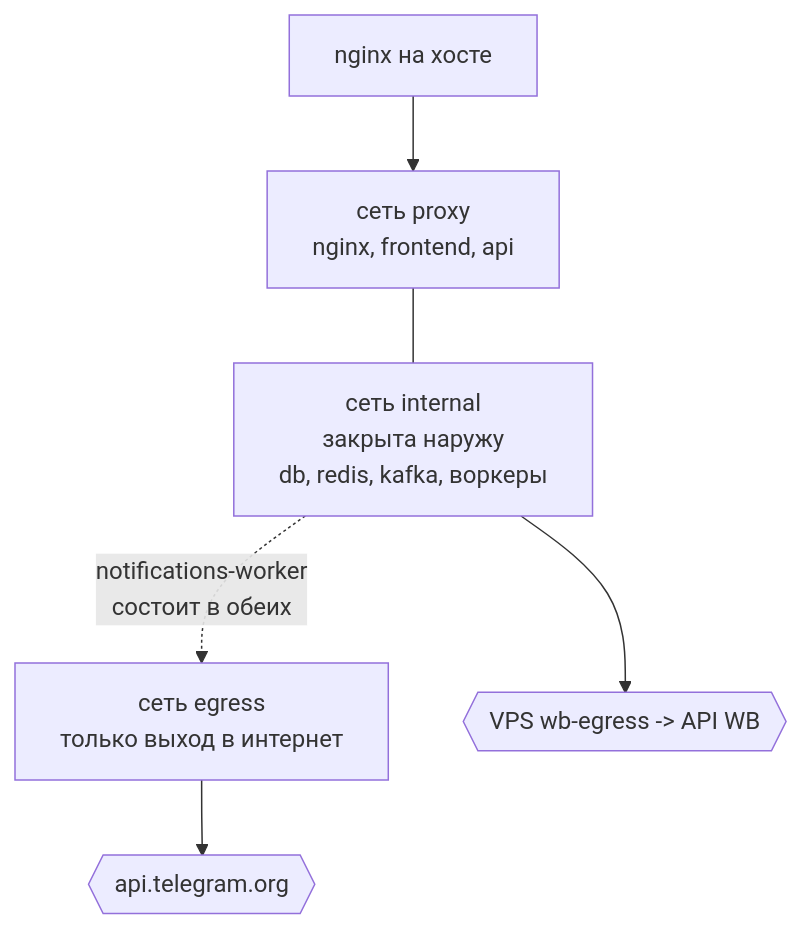
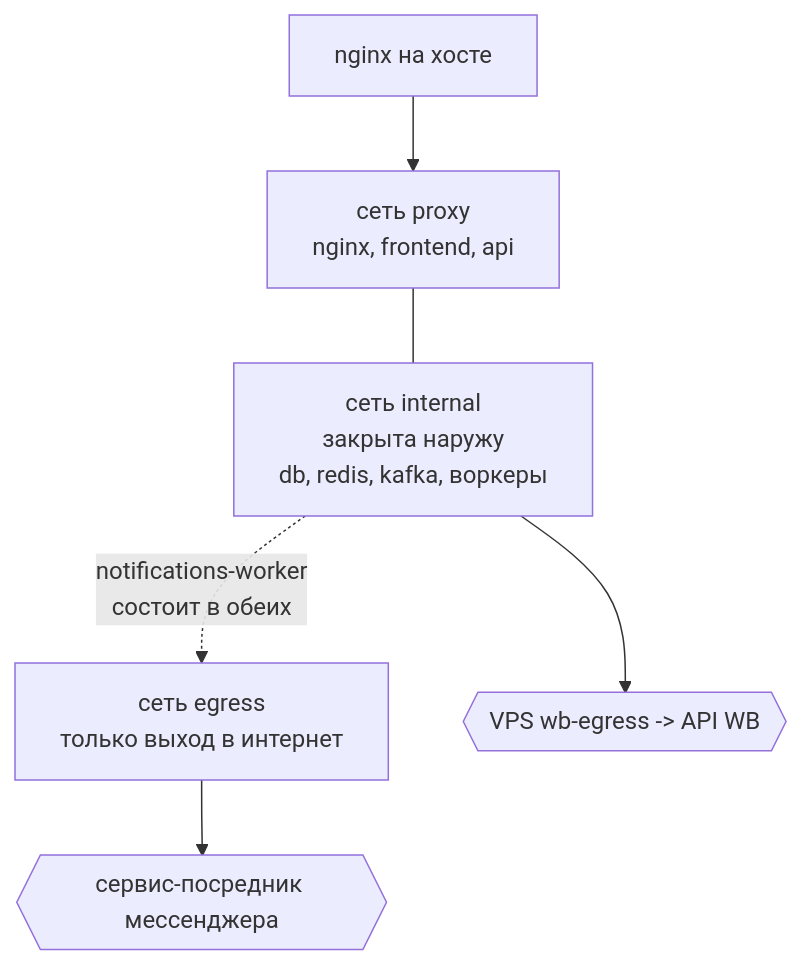
The first of 3 diagrams in docs/architecture/NETWORK_AND_EGRESS.md (krionefishy/karbi), drawn with Mermaid before and after one commit. The commit also changed other lines of this file and 12 other files, not shown here.

Commit message:
Документация и комментарии: мессенджер — через сервис-посредник, без причин, сетевой схемы и размещения; раздел об интерактивных ботах

````diff
--- a/docs/architecture/NETWORK_AND_EGRESS.md
+++ b/docs/architecture/NETWORK_AND_EGRESS.md
@@ -13,16 +13,16 @@
 ```mermaid
 flowchart TB
     net_proxy["сеть proxy<br/>nginx, frontend, api"]
     net_internal["сеть internal<br/>закрыта наружу<br/>db, redis, kafka, воркеры"]
     net_egress["сеть egress<br/>только выход в интернет"]
 
-    tg{{"api.telegram.org"}}
+    tg{{"сервис-посредник мессенджера"}}
     egress_vps{{"VPS wb-egress -> API WB"}}
     host["nginx на хосте"]
 
     host --> net_proxy
     net_proxy --- net_internal
     net_internal --> egress_vps
     net_egress --> tg
     net_internal -.->|"notifications-worker<br/>состоит в обеих"| net_egress
 ```
````
